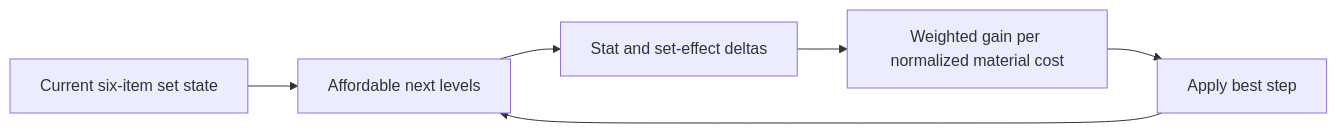
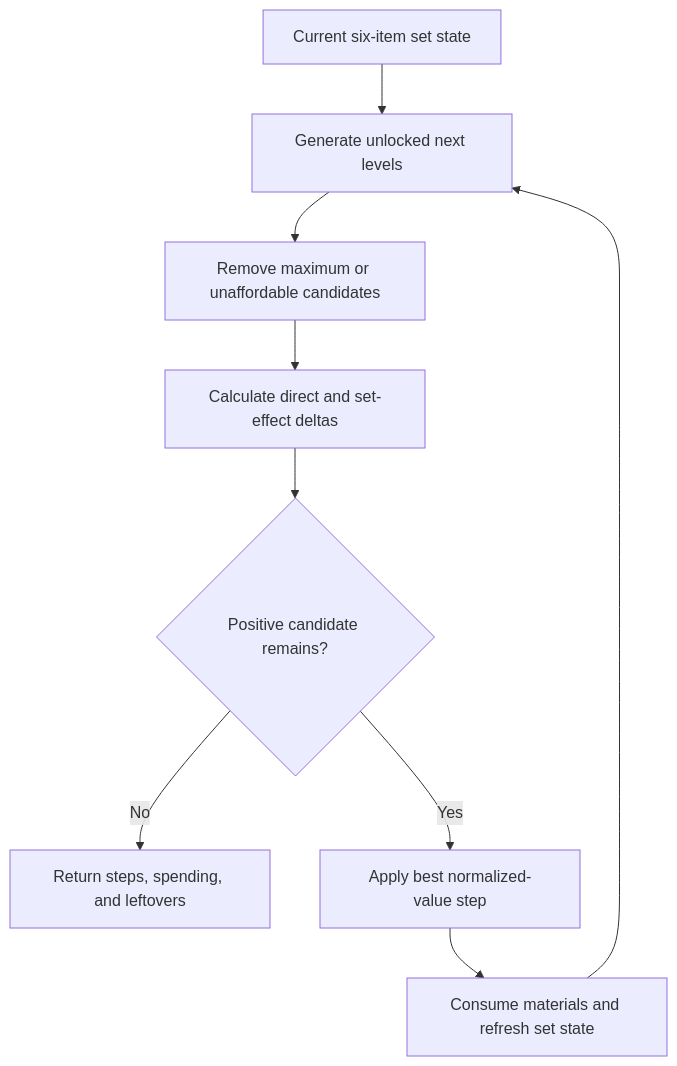
Before and after one commit to cristianrusu777/Kingshot-Events-Tracker-DOCS: the diagram in docs/kingshot-events/lab/governor-gear.md, drawn with Mermaid. The commit also changed other lines of this file and 72 other files, not shown here.

````diff
--- a/docs/kingshot-events/lab/governor-gear.md
+++ b/docs/kingshot-events/lab/governor-gear.md
@@ -23,8 +25,11 @@
 ```mermaid
-flowchart LR
- A["Current six-item set state"] --> B["Affordable next levels"]
- B --> C["Stat and set-effect deltas"]
- C --> D["Weighted gain per normalized material cost"]
- D --> E["Apply best step"]
- E --> B
+flowchart TD
+ A["Current six-item set state"] --> B["Generate unlocked next levels"]
+ B --> C["Remove maximum or unaffordable candidates"]
+ C --> D["Calculate direct and set-effect deltas"]
+ D --> E{"Positive candidate remains?"}
+ E -- "No" --> F["Return steps, spending, and leftovers"]
+ E -- "Yes" --> G["Apply best normalized-value step"]
+ G --> H["Consume materials and refresh set state"]
+ H --> B
 ```
````
